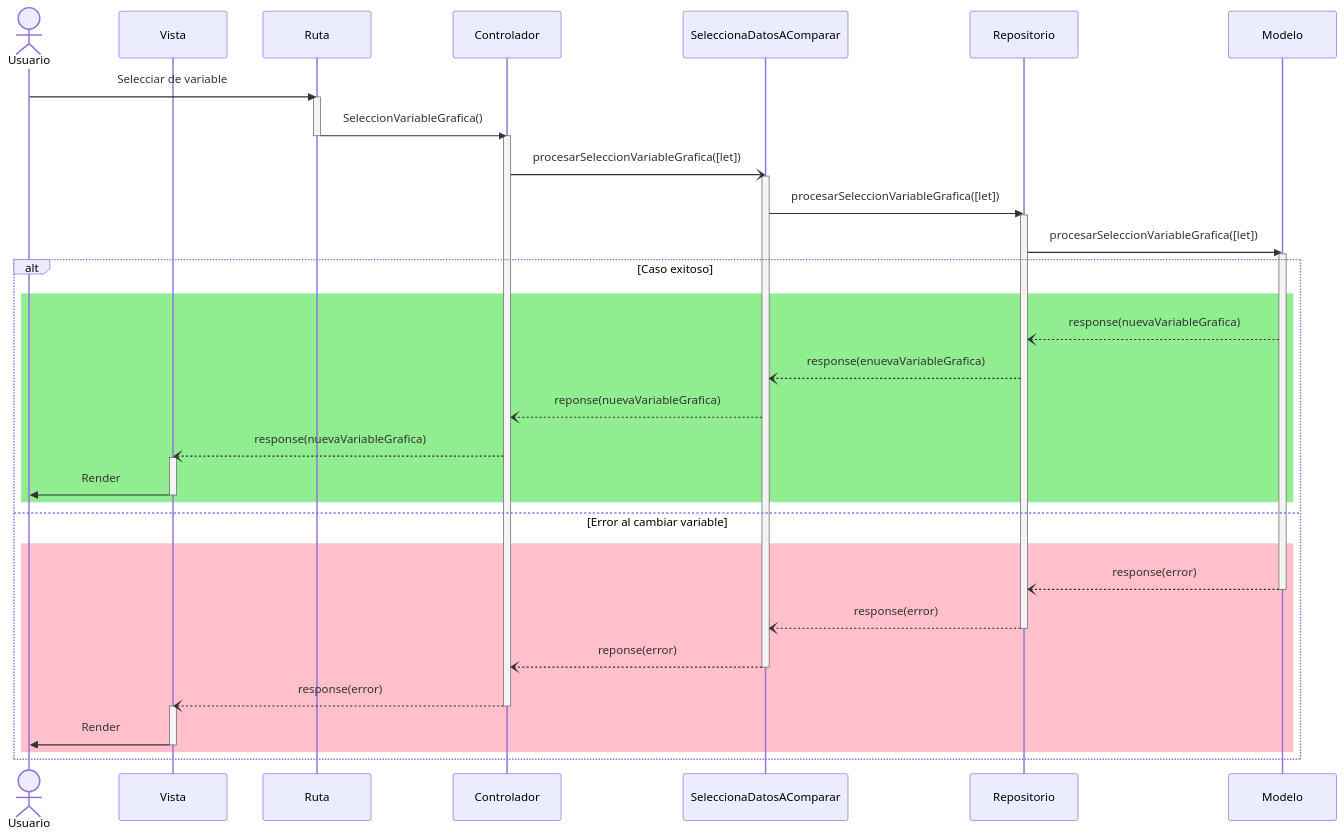
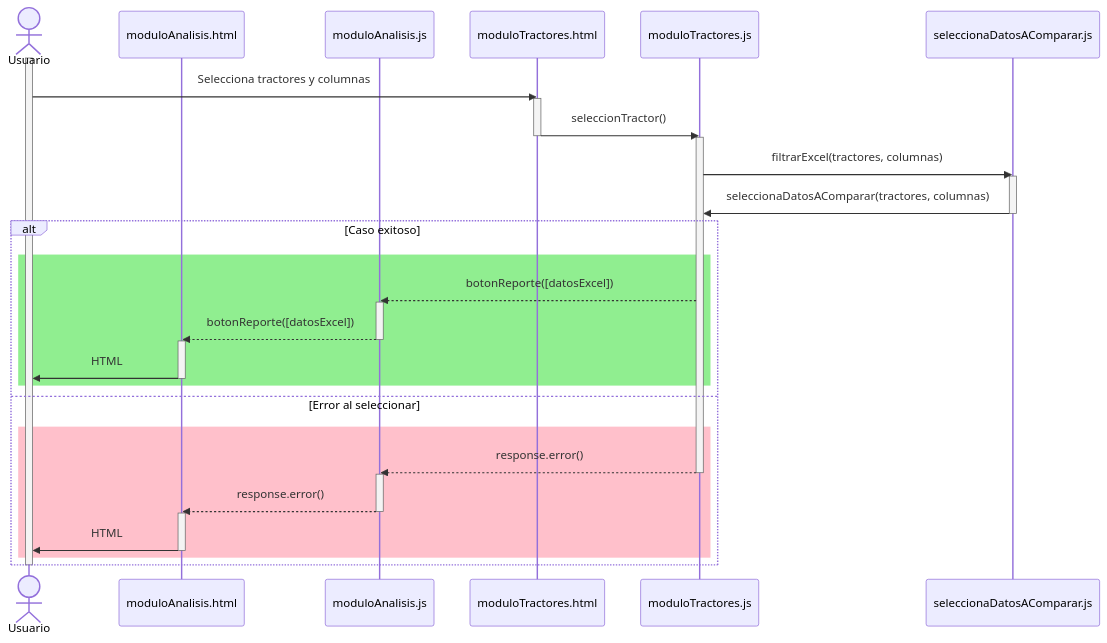
Before and after one commit to CodeAnd-Co/Documentacion: the diagram in documentation/docs/proyectos/tractores/documentacion/requisitos/RF14.md, drawn with Mermaid.

Commit message:
Corregir diagrama de secuencia por nuevo diseño

````diff
--- a/documentation/docs/proyectos/tractores/documentacion/requisitos/RF14.md
+++ b/documentation/docs/proyectos/tractores/documentacion/requisitos/RF14.md
@@ -29,48 +29,44 @@
 ```mermaid
 sequenceDiagram
     actor Usuario
-    participant view as Vista
-    participant route as Ruta
-    participant controller as Controlador
-    participant usecase as SeleccionaDatosAComparar
-    participant repository as Repositorio
-    participant model as Modelo
+    participant vistaAnalisis as moduloAnalisis.html
+    participant utilAnalisis as moduloAnalisis.js
+    participant vistaTractores as moduloTractores.html
+    participant utilTractores as moduloTractores.js
+    participant usecase as seleccionaDatosAComparar.js
 
-    Usuario->>route: Selecciar de variable
-    activate route
-    route->>controller: SeleccionVariableGrafica()
-    deactivate route
-    activate controller
-    controller-)usecase: procesarSeleccionVariableGrafica([let])
+    activate Usuario
+    Usuario->>vistaTractores: Selecciona tractores y columnas
+    activate vistaTractores
+    vistaTractores->>utilTractores: seleccionTractor()
+    deactivate vistaTractores
+    activate utilTractores
+    utilTractores->>usecase: filtrarExcel(tractores, columnas)
     activate usecase
-    usecase->>repository: procesarSeleccionVariableGrafica([let])
-    activate repository
-    repository->>model: procesarSeleccionVariableGrafica([let])
-    activate model 
+    usecase->>utilTractores: seleccionaDatosAComparar(tractores, columnas)
+    deactivate usecase
     alt Caso exitoso
-    rect Lightgreen
-    model--)repository: response(nuevaVariableGrafica)
-    repository--)usecase: response(enuevaVariableGrafica)
-    usecase--)controller: reponse(nuevaVariableGrafica)
-    controller--)view: response(nuevaVariableGrafica)
-    activate view
-    view->>Usuario: Render
-    deactivate view
+      rect Lightgreen    
+      utilTractores-->>utilAnalisis: botonReporte([datosExcel])
+      activate utilAnalisis
+      utilAnalisis-->>vistaAnalisis: botonReporte([datosExcel])
+      deactivate utilAnalisis
+      activate vistaAnalisis
+      vistaAnalisis->>Usuario: HTML
+      deactivate vistaAnalisis
+      end
+    else Error al seleccionar
+      rect Pink
+      utilTractores-->>utilAnalisis: response.error()
+      deactivate utilTractores
+      activate utilAnalisis
+      utilAnalisis-->>vistaAnalisis: response.error()
+      deactivate utilAnalisis
+      activate vistaAnalisis
+      vistaAnalisis->>Usuario: HTML
+      deactivate vistaAnalisis
+      end
     end
-    else Error al cambiar variable
-    rect Pink
-    model--)repository: response(error)
-    deactivate model
-    repository--)usecase: response(error)
-    deactivate repository
-    usecase--)controller: reponse(error)
-    deactivate usecase
-    controller--)view: response(error)
-    deactivate controller
-    activate view
-    view->>Usuario: Render
-    deactivate view
-    end
-    end
+    deactivate Usuario
     
 ```
````
